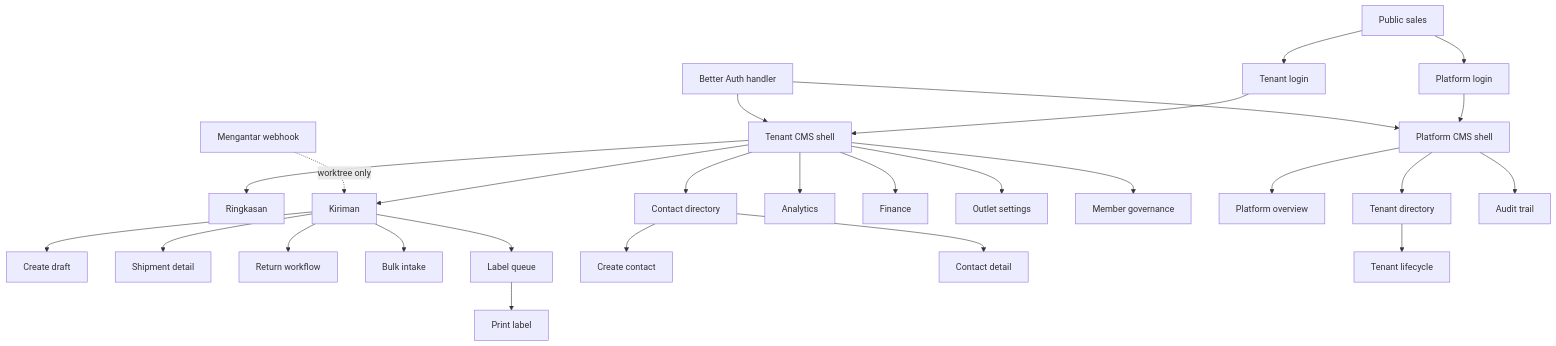
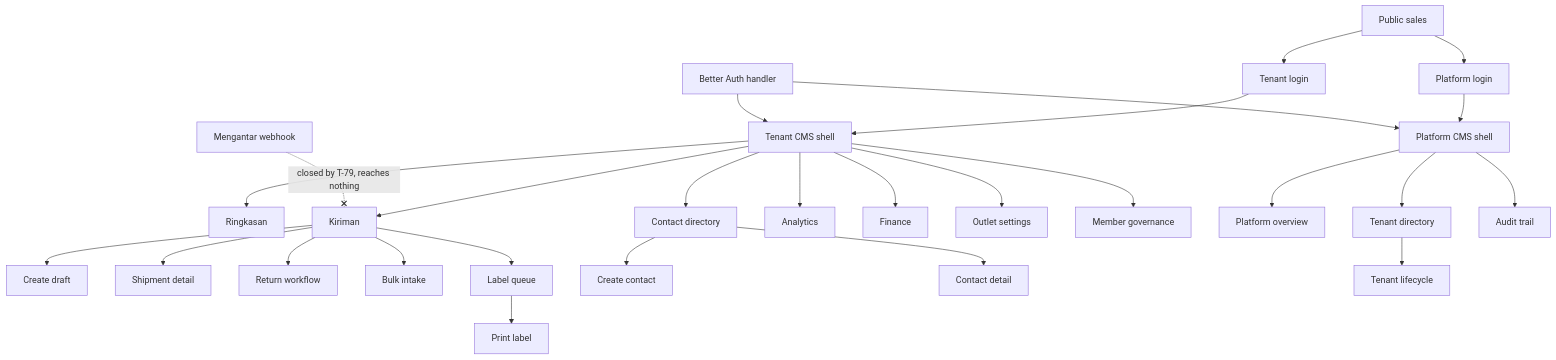
Before and after one commit to ongkipro/geraicuan: the diagram in docs/spec/18-AI-ROUTE-MAP.md, drawn with Mermaid. The commit also changed other lines of this file and 93 other files, not shown here.

````diff
--- a/docs/spec/18-AI-ROUTE-MAP.md
+++ b/docs/spec/18-AI-ROUTE-MAP.md
@@ -44,32 +45,32 @@
 ```mermaid
 flowchart TD
     Root[Public sales] --> TenantLogin[Tenant login]
     Root --> PlatformLogin[Platform login]
 
     TenantLogin --> TenantShell[Tenant CMS shell]
     TenantShell --> Summary[Ringkasan]
     TenantShell --> Shipments[Kiriman]
     Shipments --> NewShipment[Create draft]
     Shipments --> ShipmentDetail[Shipment detail]
     Shipments --> Rts[Return workflow]
     Shipments --> Bulk[Bulk intake]
     Shipments --> Labels[Label queue]
     Labels --> LabelDetail[Print label]
     TenantShell --> Contacts[Contact directory]
     Contacts --> NewContact[Create contact]
     Contacts --> ContactDetail[Contact detail]
     TenantShell --> Analytics[Analytics]
     TenantShell --> Finance[Finance]
     TenantShell --> Settings[Outlet settings]
     TenantShell --> Members[Member governance]
 
     PlatformLogin --> PlatformShell[Platform CMS shell]
     PlatformShell --> PlatformSummary[Platform overview]
     PlatformShell --> TenantList[Tenant directory]
     TenantList --> TenantDetail[Tenant lifecycle]
     PlatformShell --> Audit[Audit trail]
 
     AuthHandler[Better Auth handler] --> TenantShell
     AuthHandler --> PlatformShell
-    Webhook[Mengantar webhook] -. worktree only .-> Shipments
+    Webhook[Mengantar webhook] -. closed by T-79, reaches nothing .-x Shipments
 ```
````
